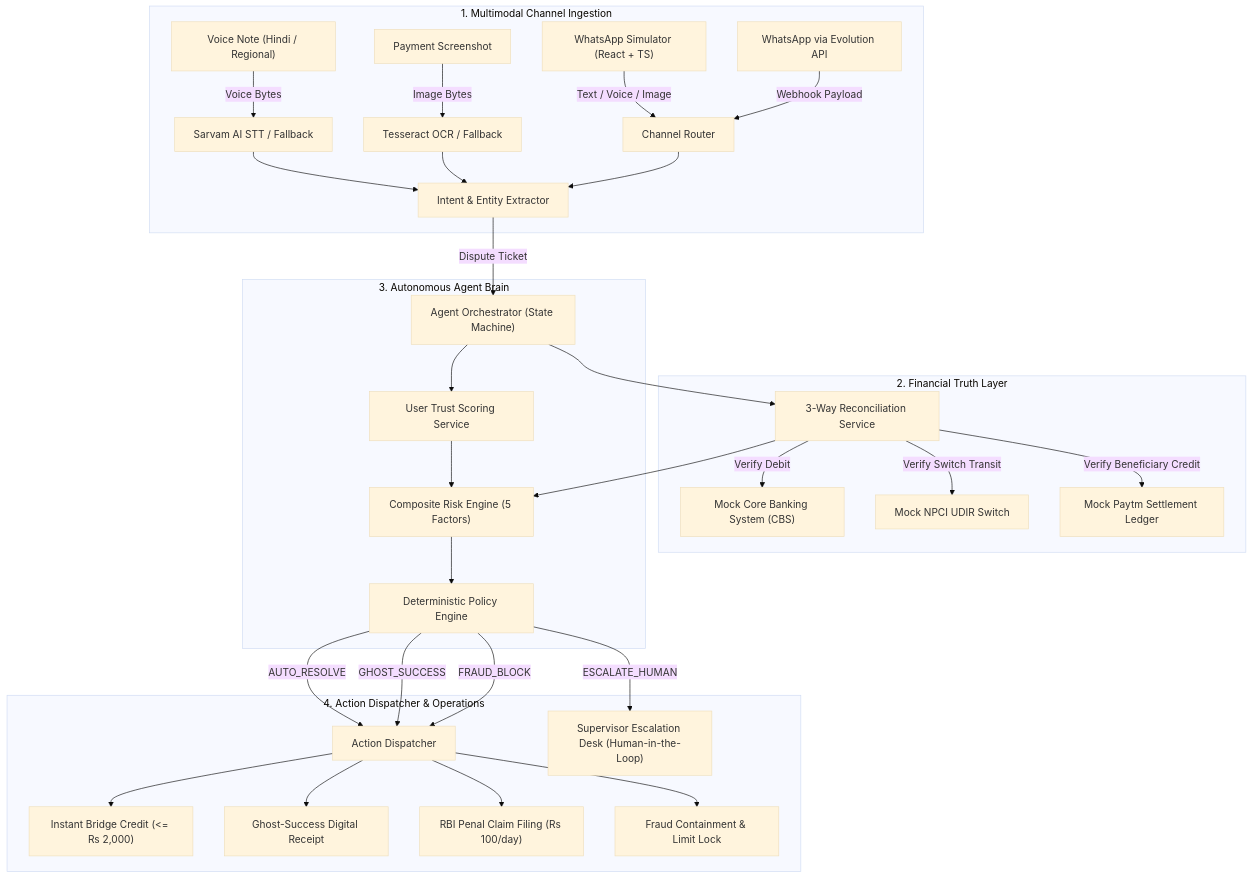
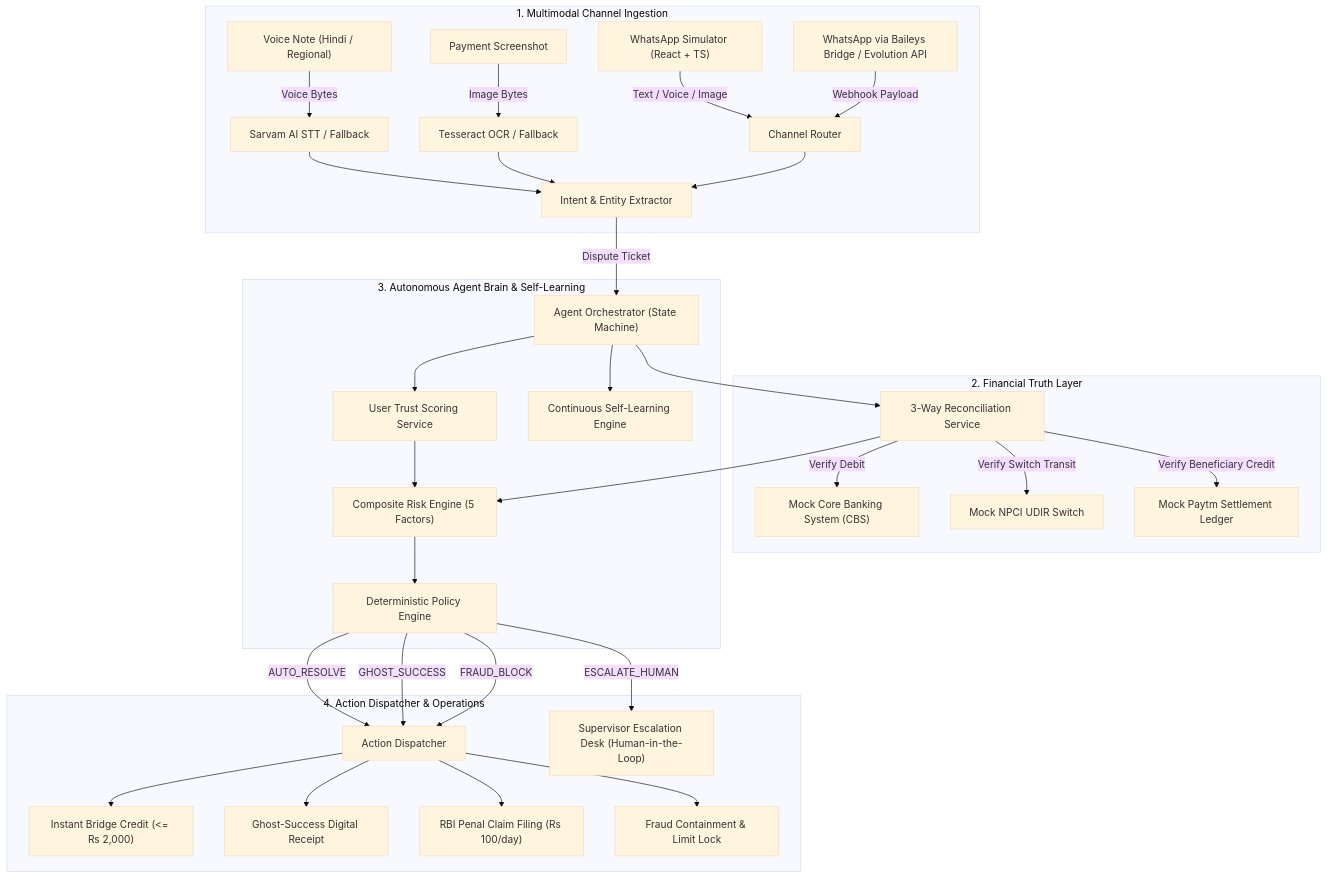
Before and after one commit to sagar-grv/awaazledger: the diagram in README.md, drawn with Mermaid (base theme). The commit also changed other lines of this file and 27 other files, not shown here.

Commit message:
feat: complete AwaazLedger hackathon release with self-learning engine, Baileys bridge, and 136 passing tests

````diff
--- a/README.md
+++ b/README.md
@@ -44,61 +46,63 @@
 ```mermaid
 flowchart TD
     subgraph Ingestion["1. Multimodal Channel Ingestion"]
         UI["WhatsApp Simulator (React + TS)"]
-        WA["WhatsApp via Evolution API"]
+        WA["WhatsApp via Baileys Bridge / Evolution API"]
         Audio["Voice Note (Hindi / Regional)"]
         OCR["Payment Screenshot"]
         
         UI -->|Text / Voice / Image| ChannelRouter["Channel Router"]
         WA -->|Webhook Payload| ChannelRouter
         Audio -->|Voice Bytes| Sarvam["Sarvam AI STT / Fallback"]
         OCR -->|Image Bytes| Vision["Tesseract OCR / Fallback"]
         Sarvam --> Intent["Intent & Entity Extractor"]
         Vision --> Intent
         ChannelRouter --> Intent
     end
 
     subgraph Truth["2. Financial Truth Layer"]
         CBS["Mock Core Banking System (CBS)"]
         NPCI["Mock NPCI UDIR Switch"]
         Ledger["Mock Paytm Settlement Ledger"]
         Recon["3-Way Reconciliation Service"]
         
         Recon -->|Verify Debit| CBS
         Recon -->|Verify Switch Transit| NPCI
         Recon -->|Verify Beneficiary Credit| Ledger
     end
 
-    subgraph Brain["3. Autonomous Agent Brain"]
+    subgraph Brain["3. Autonomous Agent Brain & Self-Learning"]
         Orch["Agent Orchestrator (State Machine)"]
         Risk["Composite Risk Engine (5 Factors)"]
         Policy["Deterministic Policy Engine"]
         Trust["User Trust Scoring Service"]
+        Learn["Continuous Self-Learning Engine"]
         
         Intent -->|Dispute Ticket| Orch
         Orch --> Recon
         Orch --> Trust
         Trust --> Risk
         Recon --> Risk
         Risk --> Policy
+        Orch --> Learn
     end
 
     subgraph Actions["4. Action Dispatcher & Operations"]
         Dispatch["Action Dispatcher"]
         Bridge["Instant Bridge Credit (<= Rs 2,000)"]
         Receipt["Ghost-Success Digital Receipt"]
         RBI["RBI Penal Claim Filing (Rs 100/day)"]
         FraudBlock["Fraud Containment & Limit Lock"]
         EscDesk["Supervisor Escalation Desk (Human-in-the-Loop)"]
         
         Policy -->|AUTO_RESOLVE| Dispatch
         Policy -->|GHOST_SUCCESS| Dispatch
         Policy -->|FRAUD_BLOCK| Dispatch
         Policy -->|ESCALATE_HUMAN| EscDesk
         
         Dispatch --> Bridge
         Dispatch --> Receipt
         Dispatch --> RBI
         Dispatch --> FraudBlock
     end
 ```
````
